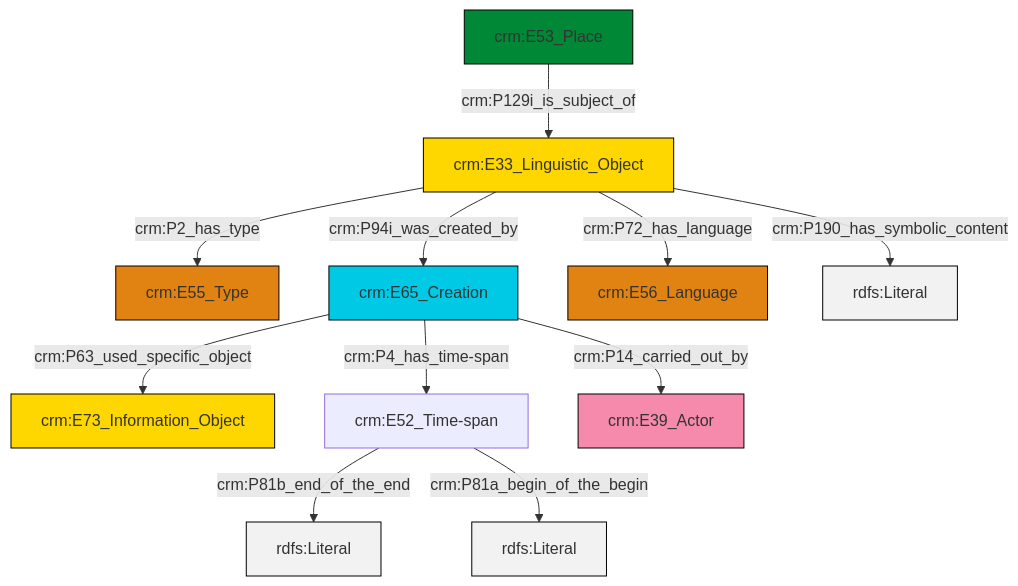
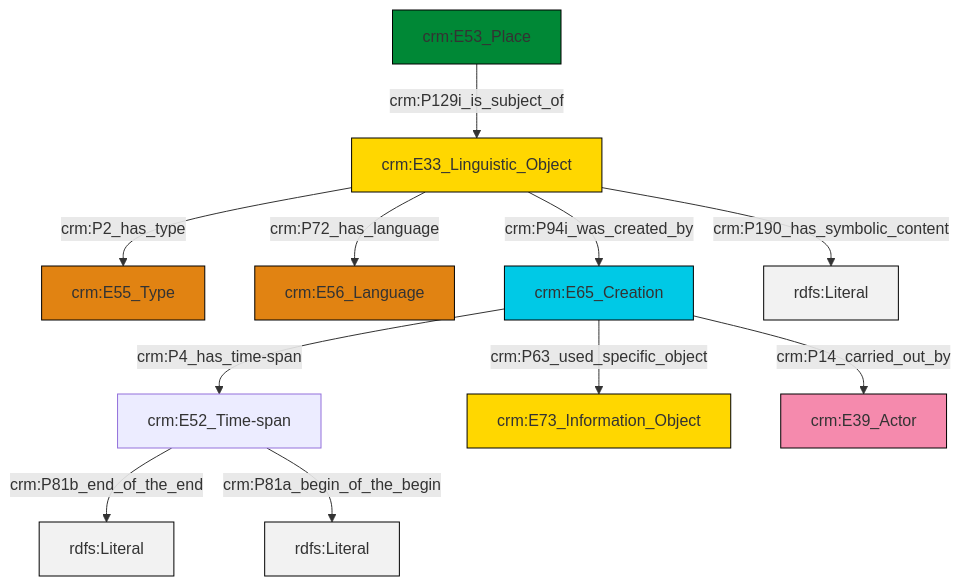
Before and after one commit to swiss-art-research-net/docs.swissartresearch: the diagram in et/placeCSV/ttl/mmd/place_description.ttl.mmd, drawn with Mermaid. The commit also changed 179 other files, not shown here.

```diff
--- a/et/placeCSV/ttl/mmd/place_description.ttl.mmd
+++ b/et/placeCSV/ttl/mmd/place_description.ttl.mmd
@@ -1,25 +1,25 @@
 graph TD
 classDef Literal fill:#f2f2f2,stroke:#000000;
 classDef CRM_Entity fill:#FFFFFF,stroke:#000000;
 classDef Temporal_Entity fill:#00C9E6, stroke:#000000;
 classDef Type fill:#E18312, stroke:#000000;
 classDef Time-Span fill:#2C9C91, stroke:#000000;
 classDef Appellation fill:#FFEB7F, stroke:#000000;
 classDef Place fill:#008836, stroke:#000000;
 classDef Persistent_Item fill:#B266B2, stroke:#000000;
 classDef Conceptual_Object fill:#FFD700, stroke:#000000;
 classDef Physical_Thing fill:#D2B48C, stroke:#000000;
 classDef Actor fill:#f58aad, stroke:#000000;
 classDef PC_Classes fill:#4ce600, stroke:#000000;
 classDef Multi fill:#cccccc,stroke:#000000;
 
-2["crm:E65_Creation"]:::Temporal_Entity -->|crm:P63_used_specific_object| 4["crm:E73_Information_Object"]:::Conceptual_Object
-5["crm:E53_Place"]:::Place -->|crm:P129i_is_subject_of| 6["crm:E33_Linguistic_Object"]:::Conceptual_Object
-2["crm:E65_Creation"]:::Temporal_Entity -->|crm:P4_has_time-span| 8["crm:E52_Time-span"]:::Default
-6["crm:E33_Linguistic_Object"]:::Conceptual_Object -->|crm:P94i_was_created_by| 2["crm:E65_Creation"]:::Temporal_Entity
-6["crm:E33_Linguistic_Object"]:::Conceptual_Object -->|crm:P190_has_symbolic_content| 12[rdfs:Literal]:::Literal
-8["crm:E52_Time-span"]:::Default -->|crm:P81b_end_of_the_end| 15[rdfs:Literal]:::Literal
-8["crm:E52_Time-span"]:::Default -->|crm:P81a_begin_of_the_begin| 17[rdfs:Literal]:::Literal
-6["crm:E33_Linguistic_Object"]:::Conceptual_Object -->|crm:P72_has_language| 9["crm:E56_Language"]:::Type
-2["crm:E65_Creation"]:::Temporal_Entity -->|crm:P14_carried_out_by| 13["crm:E39_Actor"]:::Actor
-6["crm:E33_Linguistic_Object"]:::Conceptual_Object -->|crm:P2_has_type| 0["crm:E55_Type"]:::Type
+0["crm:E52_Time-span"]:::Default -->|crm:P81b_end_of_the_end| 1[rdfs:Literal]:::Literal
+2["crm:E33_Linguistic_Object"]:::Conceptual_Object -->|crm:P2_has_type| 3["crm:E55_Type"]:::Type
+8["crm:E65_Creation"]:::Temporal_Entity -->|crm:P14_carried_out_by| 9["crm:E39_Actor"]:::Actor
+2["crm:E33_Linguistic_Object"]:::Conceptual_Object -->|crm:P190_has_symbolic_content| 10[rdfs:Literal]:::Literal
+8["crm:E65_Creation"]:::Temporal_Entity -->|crm:P63_used_specific_object| 6["crm:E73_Information_Object"]:::Conceptual_Object
+2["crm:E33_Linguistic_Object"]:::Conceptual_Object -->|crm:P72_has_language| 4["crm:E56_Language"]:::Type
+8["crm:E65_Creation"]:::Temporal_Entity -->|crm:P4_has_time-span| 0["crm:E52_Time-span"]:::Default
+15["crm:E53_Place"]:::Place -->|crm:P129i_is_subject_of| 2["crm:E33_Linguistic_Object"]:::Conceptual_Object
+2["crm:E33_Linguistic_Object"]:::Conceptual_Object -->|crm:P94i_was_created_by| 8["crm:E65_Creation"]:::Temporal_Entity
+0["crm:E52_Time-span"]:::Default -->|crm:P81a_begin_of_the_begin| 18[rdfs:Literal]:::Literal
```
